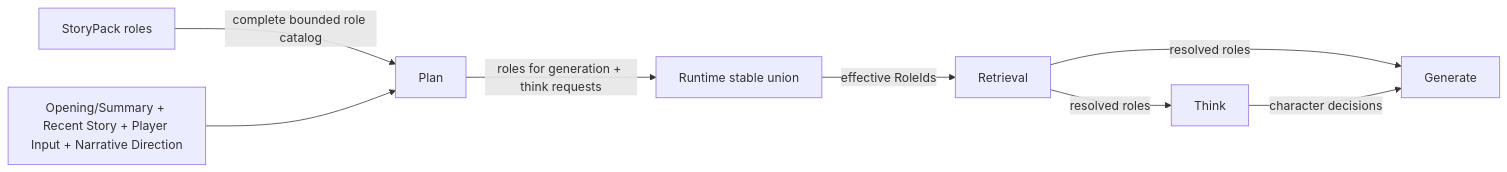
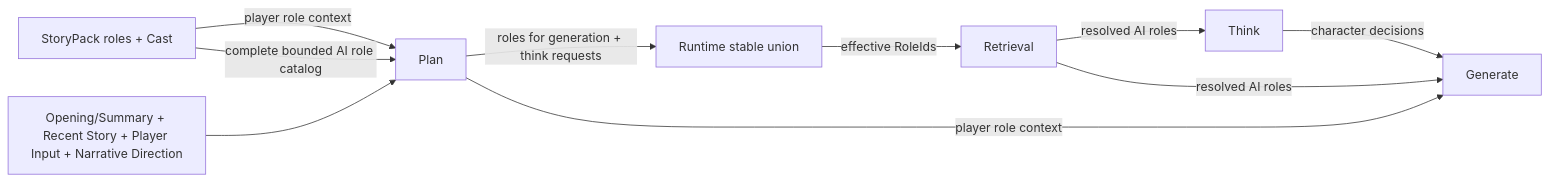
One commit to falconcali/aise changed the diagram in doc/design/2026-10-14-character-think-pipeline-design-gpt.md. Above: the diagram before and after it, drawn with Mermaid. The commit also changed other lines of this file and 48 other files, not shown here.

First line of the commit message:
Pass player context directly to generation

````diff
--- a/doc/design/2026-10-14-character-think-pipeline-design-gpt.md
+++ b/doc/design/2026-10-14-character-think-pipeline-design-gpt.md
@@ -98,10 +101,12 @@
 ```mermaid
 flowchart LR
-    SP["StoryPack roles"] -->|complete bounded role catalog| P["Plan"]
+    SP["StoryPack roles + Cast"] -->|player role context| P["Plan"]
+    SP -->|complete bounded AI role catalog| P
     CTX["Opening/Summary + Recent Story + Player Input + Narrative Direction"] --> P
     P -->|roles for generation + think requests| U["Runtime stable union"]
     U -->|effective RoleIds| R["Retrieval"]
-    R -->|resolved roles| T["Think"]
-    R -->|resolved roles| G["Generate"]
+    R -->|resolved AI roles| T["Think"]
+    R -->|resolved AI roles| G["Generate"]
+    P -->|player role context| G
     T -->|character decisions| G
 ```
````
